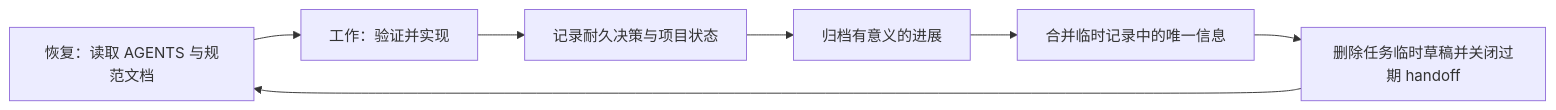
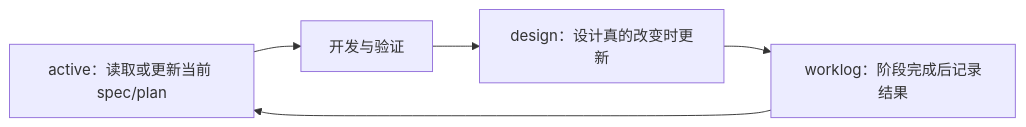
Before and after one commit to Killow1998/OnlyCodexCanDo: the diagram in docs/agent-workflow.zh-CN.md, drawn with Mermaid. The commit also changed other lines of this file and 12 other files, not shown here.

````diff
--- a/docs/agent-workflow.zh-CN.md
+++ b/docs/agent-workflow.zh-CN.md
@@ -114,9 +114,7 @@
 ```mermaid
 flowchart LR
-    A["恢复：读取 AGENTS 与规范文档"] --> B["工作：验证并实现"]
-    B --> C["记录耐久决策与项目状态"]
-    C --> D["归档有意义的进展"]
-    D --> E["合并临时记录中的唯一信息"]
-    E --> F["删除任务临时草稿并关闭过期 handoff"]
-    F --> A
+    A["active：读取或更新当前 spec/plan"] --> B["开发与验证"]
+    B --> C["design：设计真的改变时更新"]
+    C --> D["worklog：阶段完成后记录结果"]
+    D --> A
 ```
````
